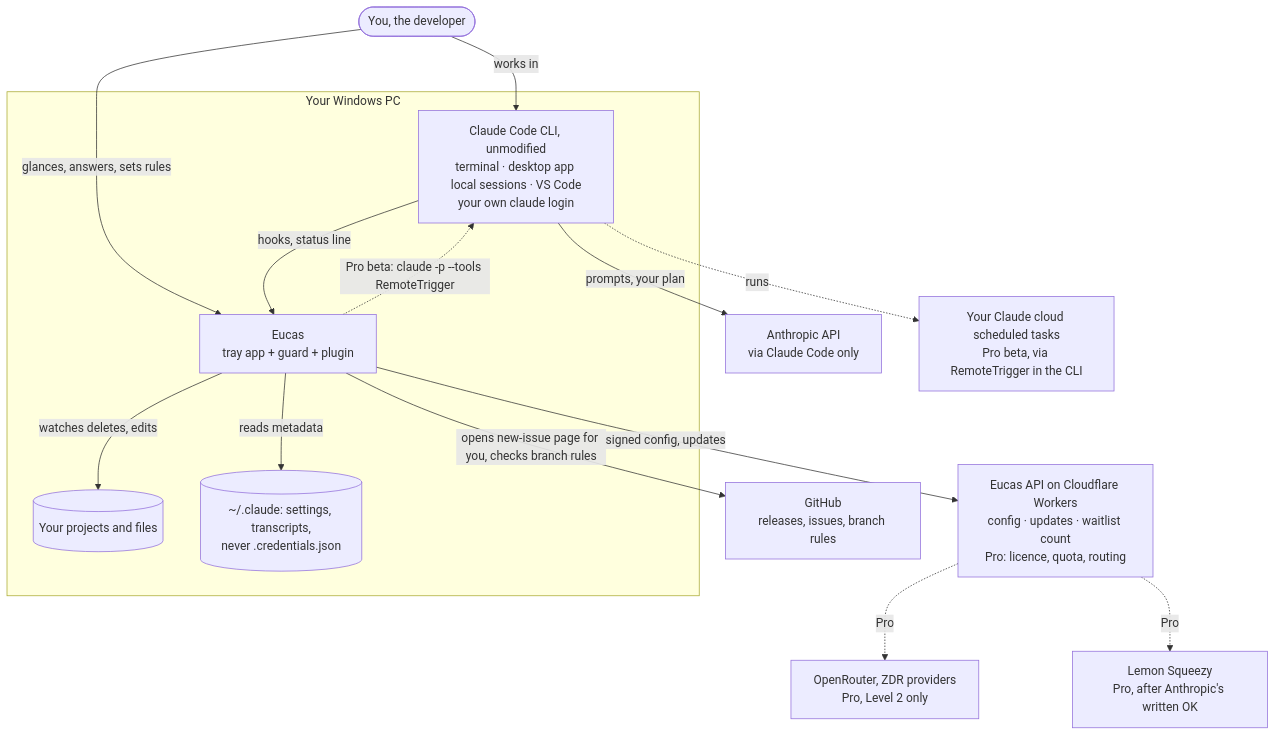
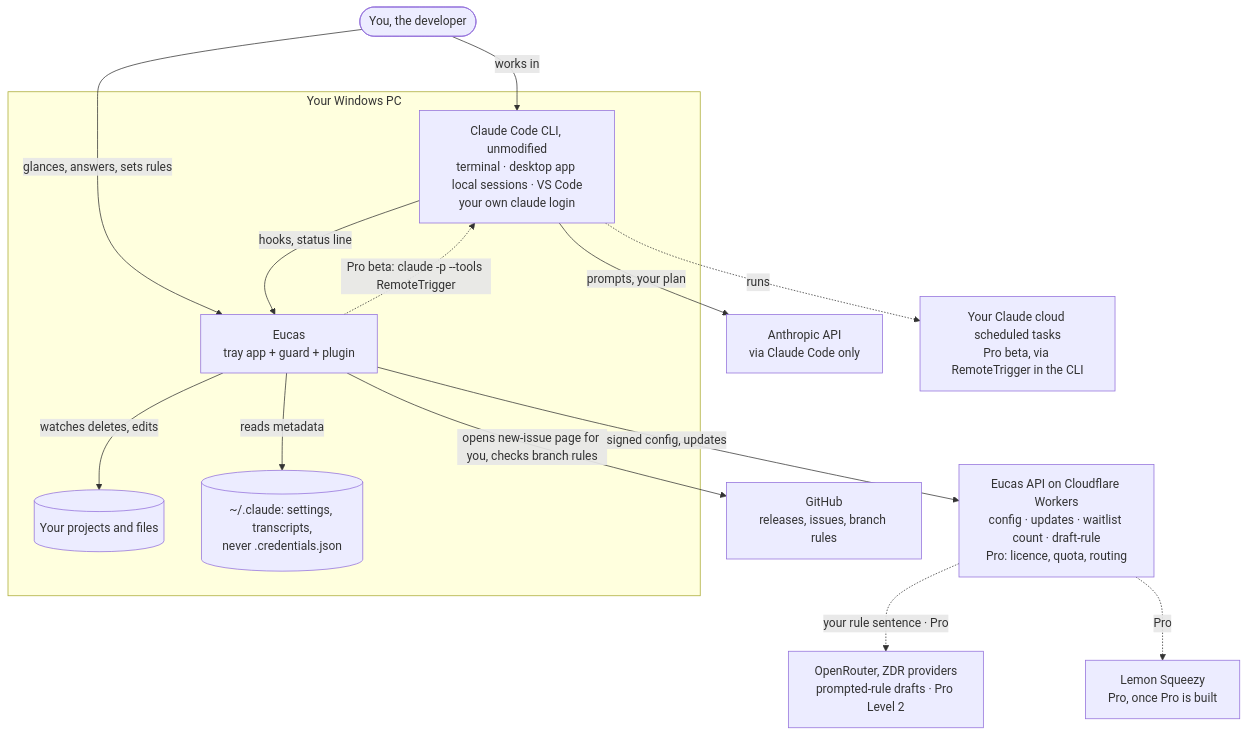
The first of 6 diagrams in docs/architecture/companion/SYSTEM-DESIGN.md (Majd-Alhakim/bench), drawn with Mermaid before and after one commit. The commit also changed other lines of this file and 18 other files, not shown here.

````diff
--- a/docs/architecture/companion/SYSTEM-DESIGN.md
+++ b/docs/architecture/companion/SYSTEM-DESIGN.md
@@ -63,29 +65,29 @@
 ```mermaid
 flowchart TB
   U([You, the developer])
   subgraph PC[Your Windows PC]
     CC[Claude Code CLI, unmodified<br/>terminal · desktop app local sessions · VS Code<br/>your own claude login]
     E[Eucas<br/>tray app + guard + plugin]
     FS[(Your projects and files)]
     CCF[(~/.claude: settings, transcripts,<br/>never .credentials.json)]
   end
   AN[Anthropic API<br/>via Claude Code only]
   GH[GitHub<br/>releases, issues, branch rules]
-  W[Eucas API on Cloudflare Workers<br/>config · updates · waitlist count<br/>Pro: licence, quota, routing]
-  OR[OpenRouter, ZDR providers<br/>Pro, Level 2 only]
-  LS[Lemon Squeezy<br/>Pro, after Anthropic's written OK]
+  W[Eucas API on Cloudflare Workers<br/>config · updates · waitlist count · draft-rule<br/>Pro: licence, quota, routing]
+  OR[OpenRouter, ZDR providers<br/>prompted-rule drafts · Pro Level 2]
+  LS[Lemon Squeezy<br/>Pro, once Pro is built]
   RT[Your Claude cloud scheduled tasks<br/>Pro beta, via RemoteTrigger in the CLI]
 
   U -- works in --> CC
   U -- glances, answers, sets rules --> E
   CC -- hooks, status line --> E
   E -- reads metadata --> CCF
   E -- watches deletes, edits --> FS
   CC -- prompts, your plan --> AN
   E -- signed config, updates --> W
-  W -. Pro .-> OR
+  W -. your rule sentence · Pro .-> OR
   W -. Pro .-> LS
   E -. Pro beta: claude -p --tools RemoteTrigger .-> CC
   CC -. runs .-> RT
   E -- opens new-issue page for you, checks branch rules --> GH
 ```
````
